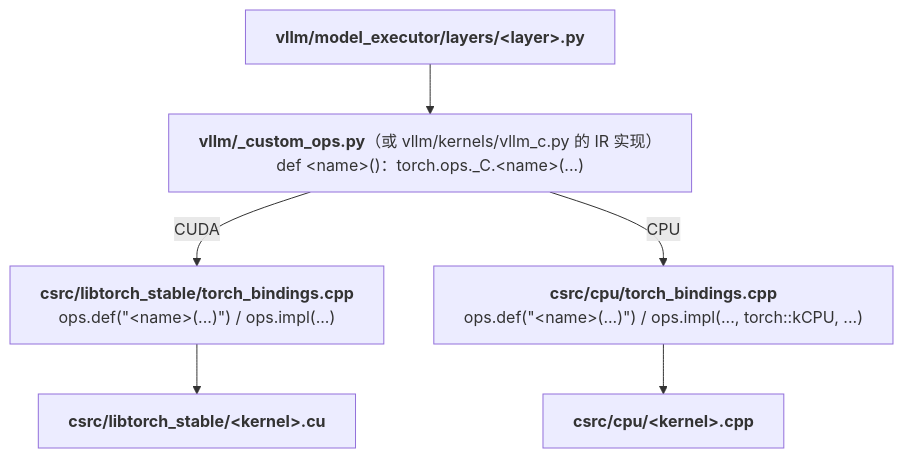
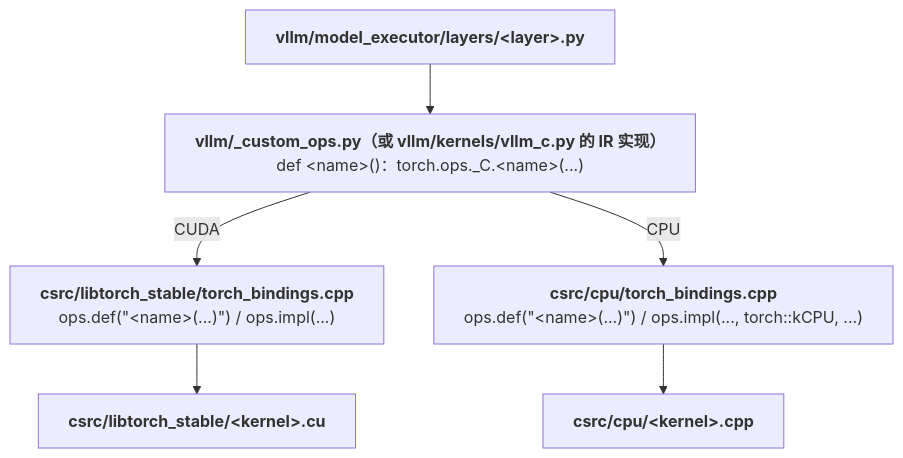
The fourth of 5 diagrams in _posts/2026-09-24-reading-a-million-line-codebase.md (arganzheng/arganzheng.github.com), drawn with Mermaid before and after one commit.

Commit message:
AI-Infra 开源贡献（02）读懂百万行代码库：Mermaid 方框标题的括注移进 </b>，标题样式才生效
写成 `<b>标题</b>（第七章）<br/>` 时 `nodeTitles()` 的 TITLE_RE 不匹配（它要求
`</b>` 紧跟 `<br/>`），整行按正文渲染；而且那一行读起来是「标题（第七章）」，
却只有括号前是粗体。

````diff
--- a/_posts/2026-09-24-reading-a-million-line-codebase.md
+++ b/_posts/2026-09-24-reading-a-million-line-codebase.md
@@ -356,10 +356,10 @@
 ```mermaid
 %%{init: {"flowchart": {"wrappingWidth": 520}}}%%
 %% 图：vLLM 版的一行链：_custom_ops 到 .cu
 flowchart TB
-    A["<b>vllm/model_executor/layers/&lt;layer&gt;.py</b>"] --> B["<b>vllm/_custom_ops.py</b>（或 vllm/kernels/vllm_c.py 的 IR 实现）<br/>def &lt;name&gt;()：torch.ops._C.&lt;name&gt;(...)"]
+    A["<b>vllm/model_executor/layers/&lt;layer&gt;.py</b>"] --> B["<b>vllm/_custom_ops.py（或 vllm/kernels/vllm_c.py 的 IR 实现）</b><br/>def &lt;name&gt;()：torch.ops._C.&lt;name&gt;(...)"]
     B -->|CUDA| C["<b>csrc/libtorch_stable/torch_bindings.cpp</b><br/>ops.def(#quot;&lt;name&gt;(...)#quot;) / ops.impl(...)"]
     B -->|CPU| D["<b>csrc/cpu/torch_bindings.cpp</b><br/>ops.def(#quot;&lt;name&gt;(...)#quot;) / ops.impl(..., torch::kCPU, ...)"]
     C --> E["<b>csrc/libtorch_stable/&lt;kernel&gt;.cu</b>"]
     D --> F["<b>csrc/cpu/&lt;kernel&gt;.cpp</b>"]
 ```
````
